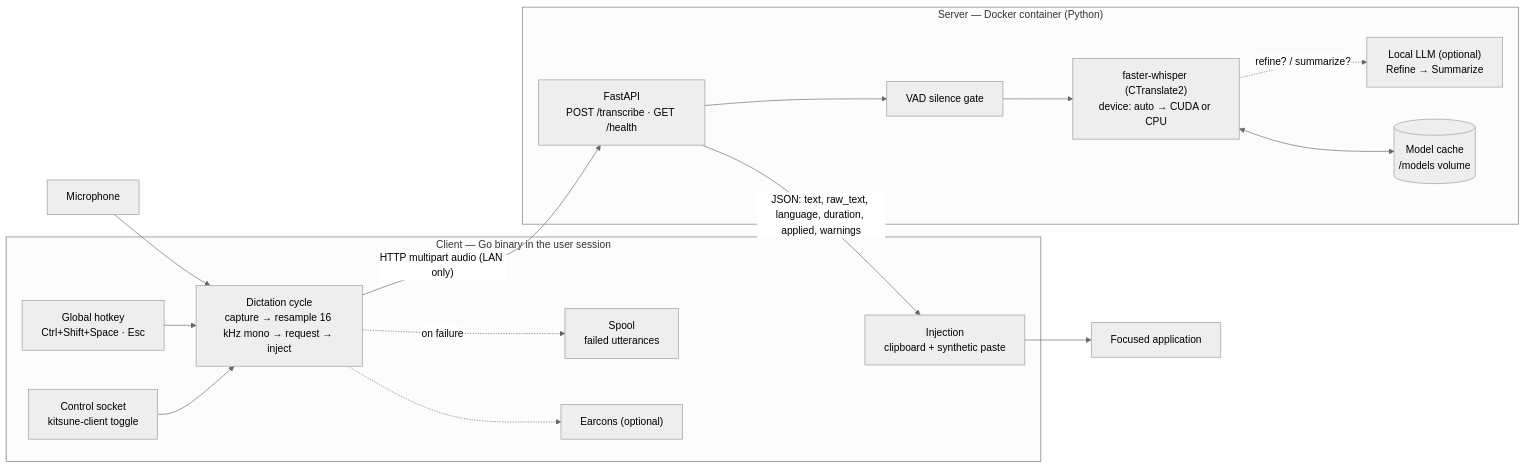
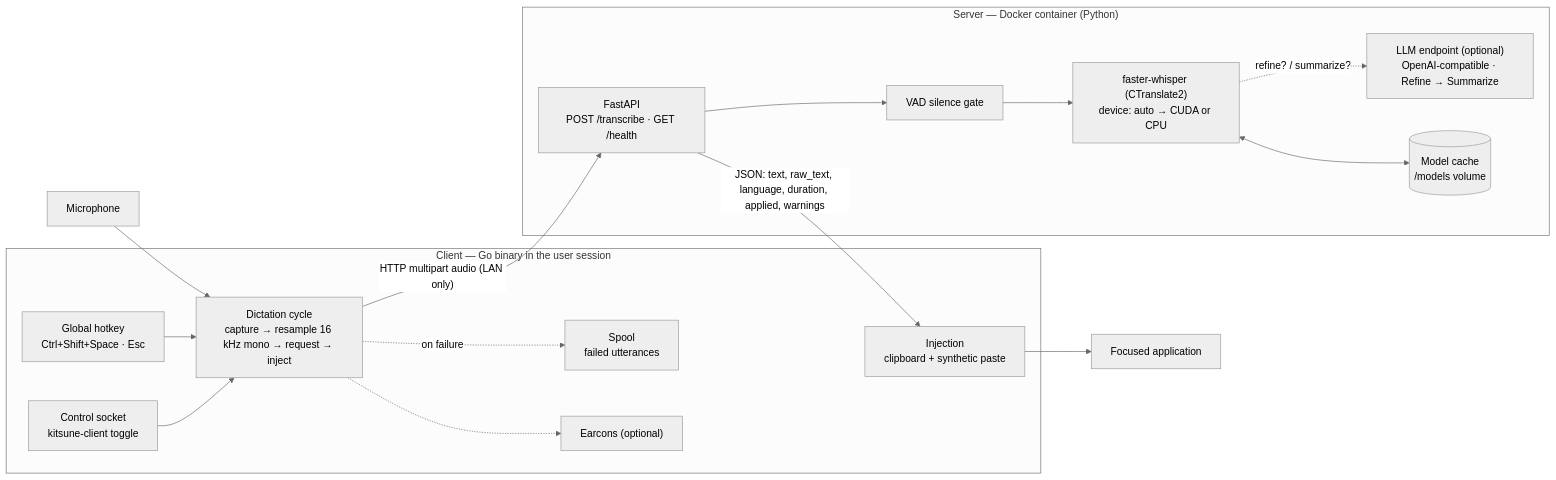
One commit to FoxRed-cmd/kitsune-whisper changed the first of 2 diagrams in README.md. Above: the diagram before and after it, drawn with Mermaid (neutral theme). The commit also changed other lines of this file and 2 other files, not shown here.

Commit message:
Document out-of-process endpoint config, external providers, and privacy (#39)

````diff
--- a/README.md
+++ b/README.md
@@ -42,34 +49,34 @@
 ```mermaid
 flowchart LR
     subgraph client["Client — Go binary in the user session"]
         hotkey["Global hotkey<br/>Ctrl+Shift+Space · Esc"]
         ctl["Control socket<br/>kitsune-client toggle"]
         cycle["Dictation cycle<br/>capture → resample 16 kHz mono → request → inject"]
         inject["Injection<br/>clipboard + synthetic paste"]
         spool["Spool<br/>failed utterances"]
         earcon["Earcons (optional)"]
     end
 
     mic["Microphone"]
     app["Focused application"]
 
     subgraph server["Server — Docker container (Python)"]
         api["FastAPI<br/>POST /transcribe · GET /health"]
         vad["VAD silence gate"]
         engine["faster-whisper (CTranslate2)<br/>device: auto → CUDA or CPU"]
-        proc["Local LLM (optional)<br/>Refine → Summarize"]
+        proc["LLM endpoint (optional)<br/>OpenAI-compatible · Refine → Summarize"]
         models[("Model cache<br/>/models volume")]
     end
 
     mic --> cycle
     hotkey --> cycle
     ctl --> cycle
     cycle -->|"HTTP multipart audio (LAN only)"| api
     api --> vad --> engine
     engine <--> models
     engine -.->|"refine? / summarize?"| proc
     api -->|"JSON: text, raw_text, language, duration, applied, warnings"| inject
     inject --> app
     cycle -.->|on failure| spool
     cycle -.-> earcon
 ```
````
